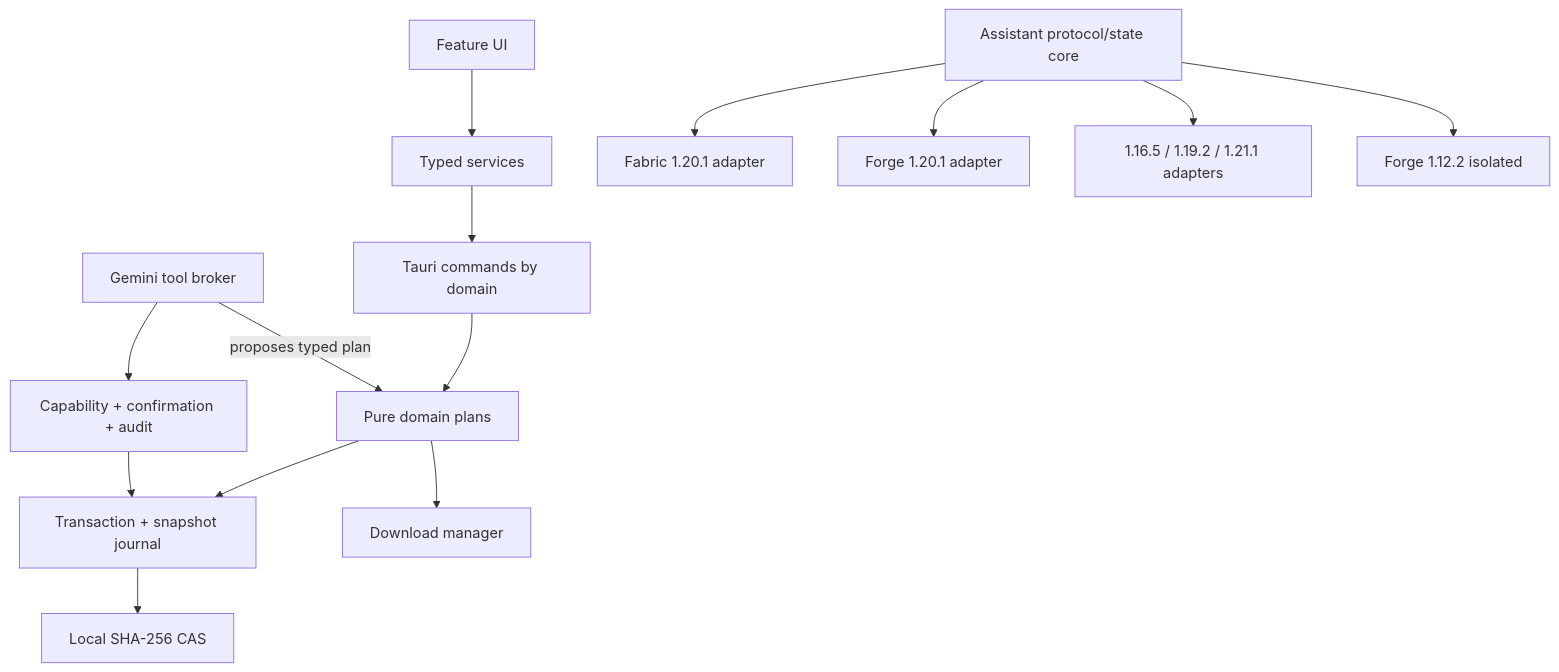
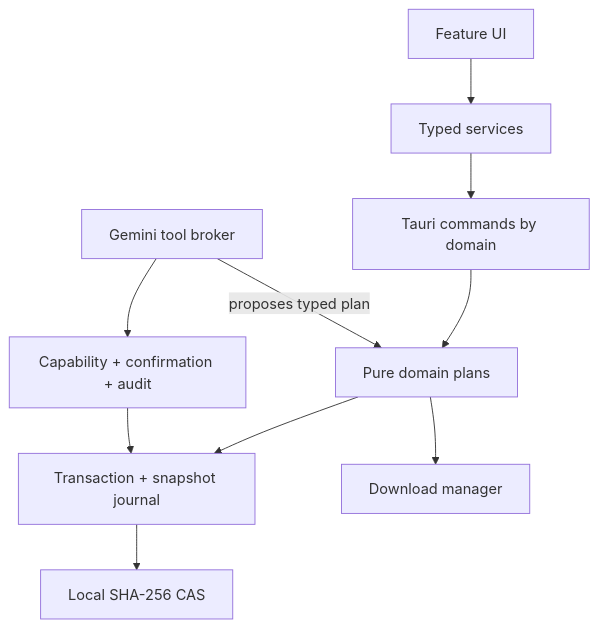
Before and after one commit to vinitor3/AuroraLauncher: the second of 2 diagrams in docs/engineering/ARCHITECTURE_REVIEW.md, drawn with Mermaid. The commit also changed other lines of this file and 48 other files, not shown here.

````diff
--- a/docs/engineering/ARCHITECTURE_REVIEW.md
+++ b/docs/engineering/ARCHITECTURE_REVIEW.md
@@ -41,18 +36,13 @@
 ```mermaid
 flowchart TD
   UI[Feature UI] --> SVC[Typed services]
   SVC --> CMD[Tauri commands by domain]
   CMD --> DOM[Pure domain plans]
   DOM --> TX[Transaction + snapshot journal]
   TX --> CAS[Local SHA-256 CAS]
   DOM --> DL[Download manager]
 
-  COMP_CORE[Assistant protocol/state core] --> F120[Fabric 1.20.1 adapter]
-  COMP_CORE --> G120[Forge 1.20.1 adapter]
-  COMP_CORE --> MODERN[1.16.5 / 1.19.2 / 1.21.1 adapters]
-  COMP_CORE --> LEGACY[Forge 1.12.2 isolated]
-
   TOOLS[Gemini tool broker] -->|proposes typed plan| DOM
   TOOLS --> POLICY[Capability + confirmation + audit]
   POLICY --> TX
 ```
````
